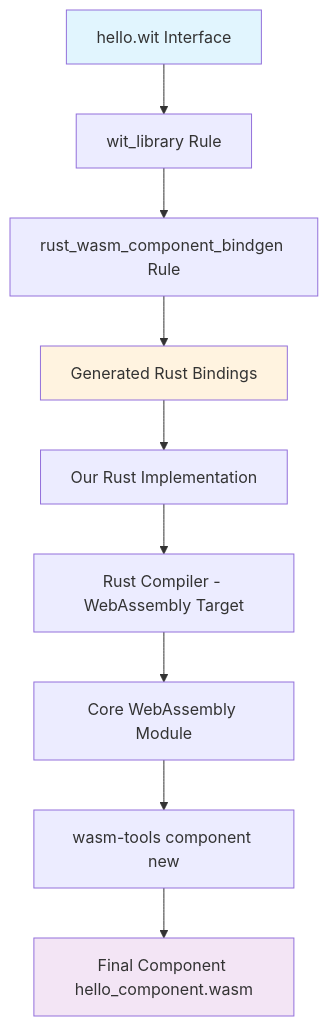
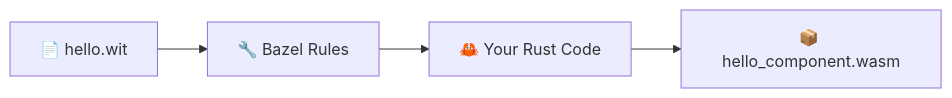
One commit to pulseengine/rules_wasm_component changed the diagram in docs-site/src/content/docs/tutorials/rust-guided-walkthrough.mdx. Above: the diagram before and after it, drawn with Mermaid. The commit also changed other lines of this file and 3 other files, not shown here.

First line of the commit message:
feat: enhance documentation site with improved mermaid diagram support and tutorial refinements

````diff
--- a/docs-site/src/content/docs/tutorials/rust-guided-walkthrough.mdx
+++ b/docs-site/src/content/docs/tutorials/rust-guided-walkthrough.mdx
@@ -24,15 +24,4 @@
 ```mermaid
-graph TD
-    A[hello.wit Interface] --> B[wit_library Rule]
-    B --> C[rust_wasm_component_bindgen Rule]
-    C --> D[Generated Rust Bindings]
-    D --> E[Our Rust Implementation]
-    E --> F[Rust Compiler - WebAssembly Target]
-    F --> G[Core WebAssembly Module]
-    G --> H[wasm-tools component new]
-    H --> I[Final Component hello_component.wasm]
-
-    style A fill:#e1f5fe
-    style I fill:#f3e5f5
-    style D fill:#fff3e0
+flowchart LR
+    A[📄 hello.wit] --> B[🔧 Bazel Rules] --> C[🦀 Your Rust Code] --> D[📦 hello_component.wasm]
 ```
````
